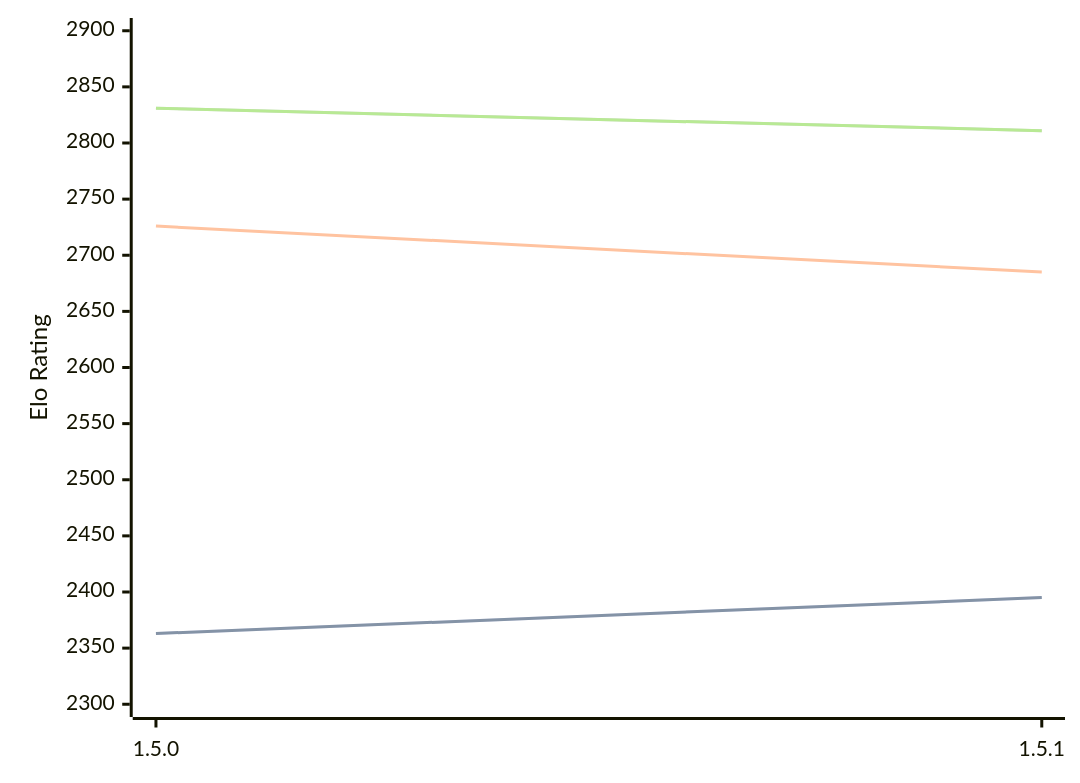
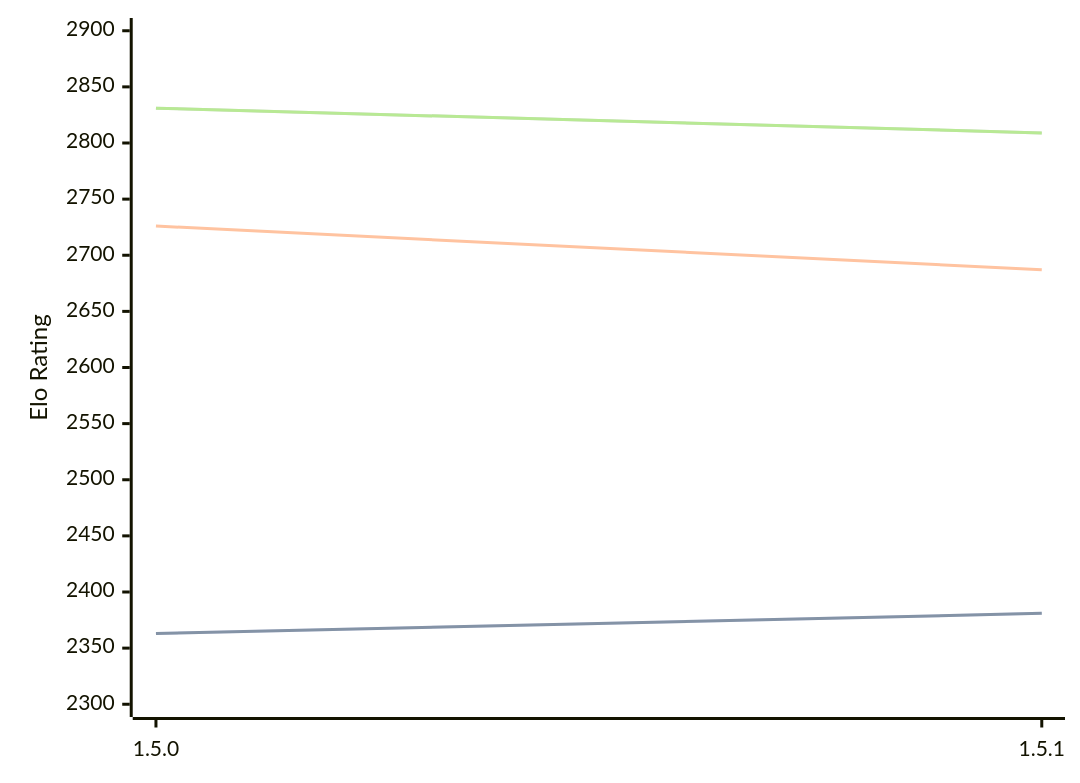
The diagram in engines/Coco.md (computer-chess-index/cci), drawn with Mermaid before and after one commit. The commit also changed other lines of this file, not shown here.

Commit message:
Update CCI Ratings (ELO VLTC) - 2026-10-07

````diff
--- a/engines/Coco.md
+++ b/engines/Coco.md
@@ -38,11 +38,11 @@
 ```mermaid
 %%{init: {"theme":"base","themeVariables":{"seriesColors:['#a3a3a3','#222221','#faa371']}}}%%
 xychart-beta
   x-axis ["1.5.0", "1.5.1"]
   y-axis "Elo Rating" 2300 --> 2900
-  line "" [2363, 2395]
-  line "STC (8.0+0.08s)" [2363, 2395]
-  line "LTC (60.0+0.60s)" [2726, 2685]
-  line "" [2831, 2811]
-  line "VLTC (2m24s+1.12s)" [2831, 2811]
+  line "" [2363, 2381]
+  line "STC (8.0+0.08s)" [2363, 2381]
+  line "LTC (60.0+0.60s)" [2726, 2687]
+  line "" [2831, 2809]
+  line "VLTC (2m24s+1.12s)" [2831, 2809]
 ```
````
